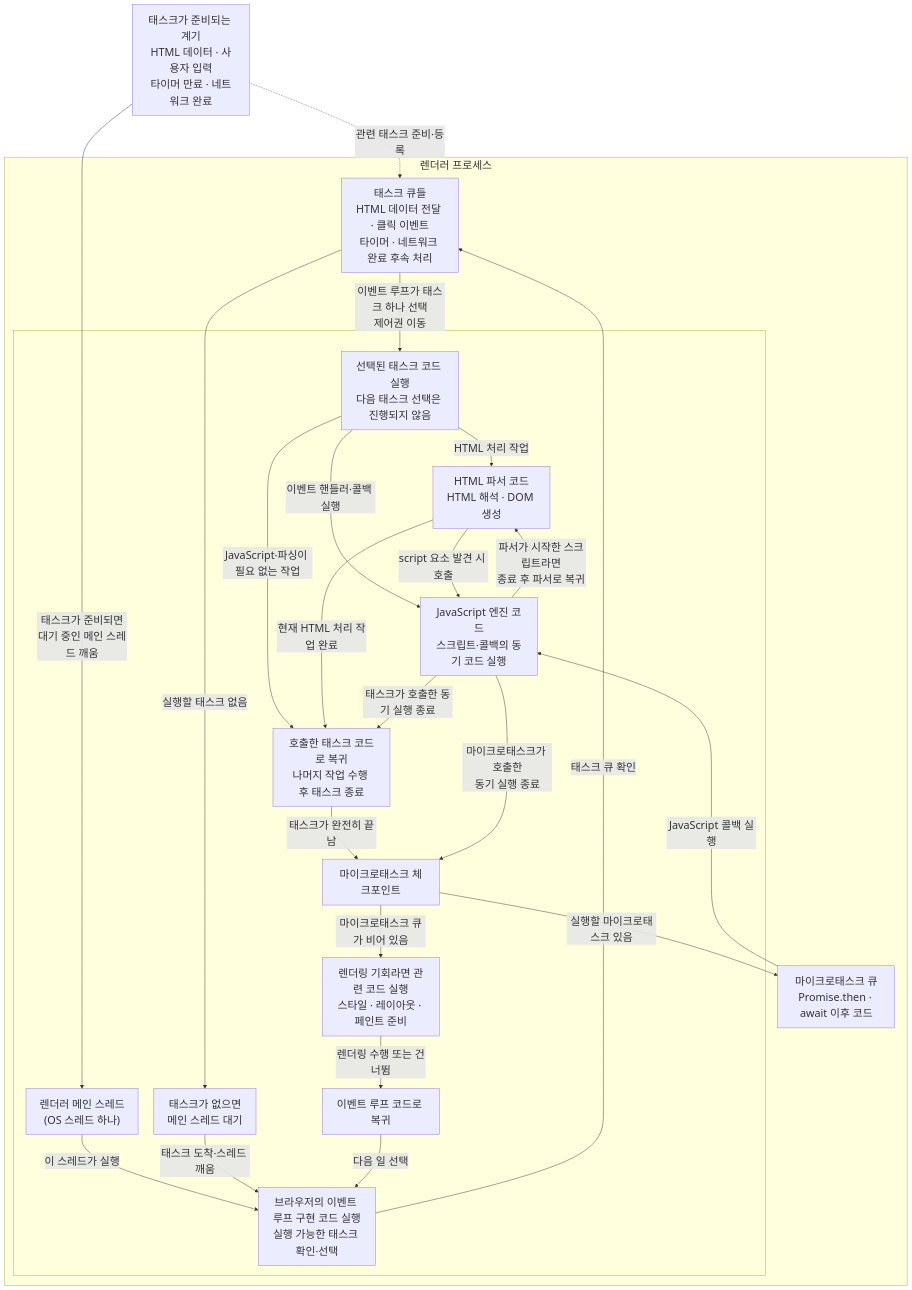
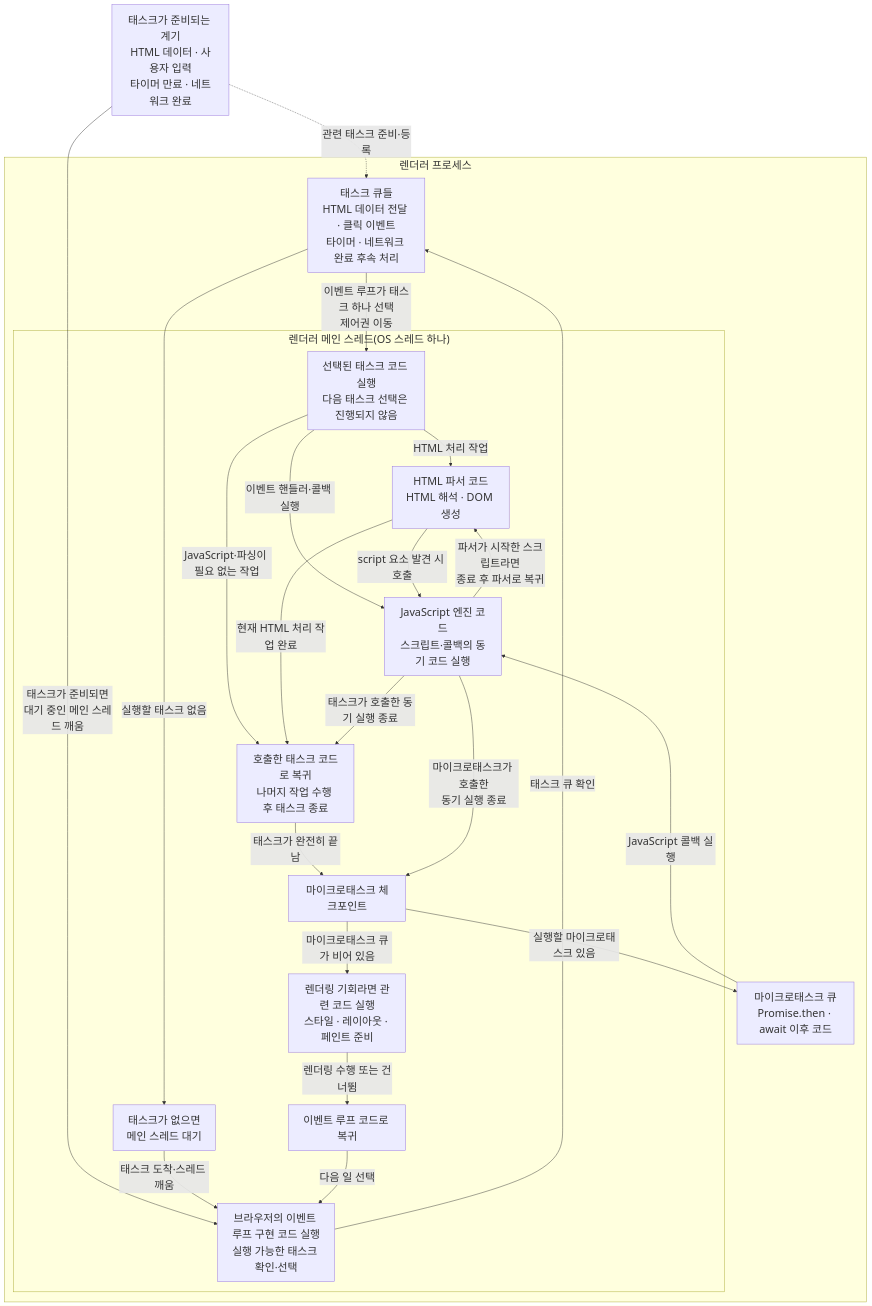
Before and after one commit to lee-gimoon/futures-paper-trading: the second of 2 diagrams in docs/frontend-study/06-main-thread-call-stack-and-event-loop.md, drawn with Mermaid.

Commit message:
docs: restore main thread diagram boundary

````diff
--- a/docs/frontend-study/06-main-thread-call-stack-and-event-loop.md
+++ b/docs/frontend-study/06-main-thread-call-stack-and-event-loop.md
@@ -53,45 +53,43 @@
 ```mermaid
 %%{init: {"themeVariables": {"fontSize": "24px"}, "flowchart": {"nodeSpacing": 35, "rankSpacing": 45, "subGraphTitleMargin": {"top": 0, "bottom": 24}}}}%%
 flowchart TB
   SOURCES["태스크가 준비되는 계기<br/>HTML 데이터 · 사용자 입력<br/>타이머 만료 · 네트워크 완료"]
 
   subgraph RENDERER["렌더러 프로세스"]
     TQ["태스크 큐들<br/>HTML 데이터 전달 · 클릭 이벤트<br/>타이머 · 네트워크 완료 후속 처리"]
     MQ["마이크로태스크 큐<br/>Promise.then · await 이후 코드"]
 
-    subgraph MAIN[" "]
-      THREAD["렌더러 메인 스레드<br/>(OS 스레드 하나)"]
+    subgraph MAIN["렌더러 메인 스레드(OS 스레드 하나)"]
       EL["브라우저의 이벤트 루프 구현 코드 실행<br/>실행 가능한 태스크 확인·선택"]
       WAIT["태스크가 없으면<br/>메인 스레드 대기"]
       TASK["선택된 태스크 코드 실행<br/>다음 태스크 선택은 진행되지 않음"]
       PARSER["HTML 파서 코드<br/>HTML 해석 · DOM 생성"]
       JS["JavaScript 엔진 코드<br/>스크립트·콜백의 동기 코드 실행"]
       TASK_RETURN["호출한 태스크 코드로 복귀<br/>나머지 작업 수행 후 태스크 종료"]
       CHECK["마이크로태스크 체크포인트"]
       RENDER["렌더링 기회라면 관련 코드 실행<br/>스타일 · 레이아웃 · 페인트 준비"]
       RETURN["이벤트 루프 코드로 복귀"]
     end
   end
 
   SOURCES -.->|"관련 태스크 준비·등록"| TQ
-  SOURCES -->|"태스크가 준비되면<br/>대기 중인 메인 스레드 깨움"| THREAD
-  THREAD -->|"이 스레드가 실행"| EL
+  SOURCES -->|"태스크가 준비되면<br/>대기 중인 메인 스레드 깨움"| EL
   EL -->|"태스크 큐 확인"| TQ
   TQ -->|"실행할 태스크 없음"| WAIT
   WAIT -->|"태스크 도착·스레드 깨움"| EL
   TQ -->|"이벤트 루프가 태스크 하나 선택<br/>제어권 이동"| TASK
   TASK -->|"HTML 처리 작업"| PARSER
   TASK -->|"이벤트 핸들러·콜백 실행"| JS
   TASK -->|"JavaScript·파싱이 필요 없는 작업"| TASK_RETURN
   PARSER -->|"script 요소 발견 시 호출"| JS
   JS -->|"파서가 시작한 스크립트라면<br/>종료 후 파서로 복귀"| PARSER
   PARSER -->|"현재 HTML 처리 작업 완료"| TASK_RETURN
   JS -->|"태스크가 호출한 동기 실행 종료"| TASK_RETURN
   TASK_RETURN -->|"태스크가 완전히 끝남"| CHECK
   CHECK -->|"실행할 마이크로태스크 있음"| MQ
   MQ -->|"JavaScript 콜백 실행"| JS
   JS -->|"마이크로태스크가 호출한<br/>동기 실행 종료"| CHECK
   CHECK -->|"마이크로태스크 큐가 비어 있음"| RENDER
   RENDER -->|"렌더링 수행 또는 건너뜀"| RETURN
   RETURN -->|"다음 일 선택"| EL
 ```
````
